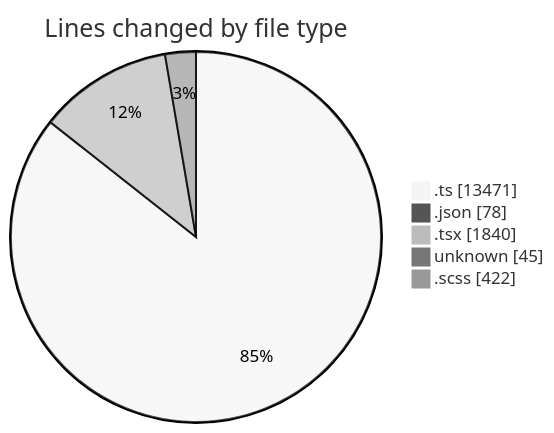
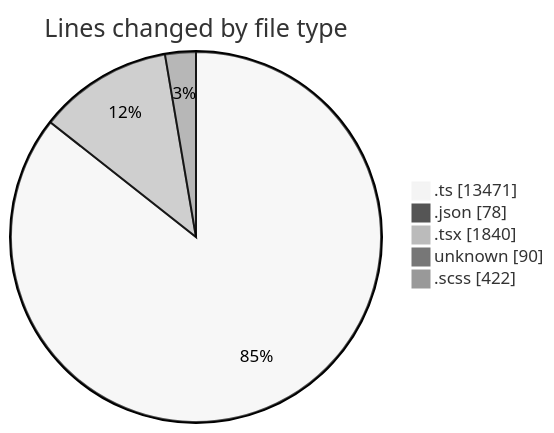
Before and after one commit to momahboobian/code-tracking: the first of 2 diagrams in 2025-08-29/cda/README.md, drawn with Mermaid (neutral theme). The commit also changed other lines of this file and 1 other file, not shown here.

````diff
--- a/2025-08-29/cda/README.md
+++ b/2025-08-29/cda/README.md
@@ -33,9 +33,9 @@
 ```mermaid
 pie showData
 title Lines changed by file type
 ".ts" : 13471
 ".json" : 78
 ".tsx" : 1840
-"unknown" : 45
+"unknown" : 90
 ".scss" : 422
 ```
````
